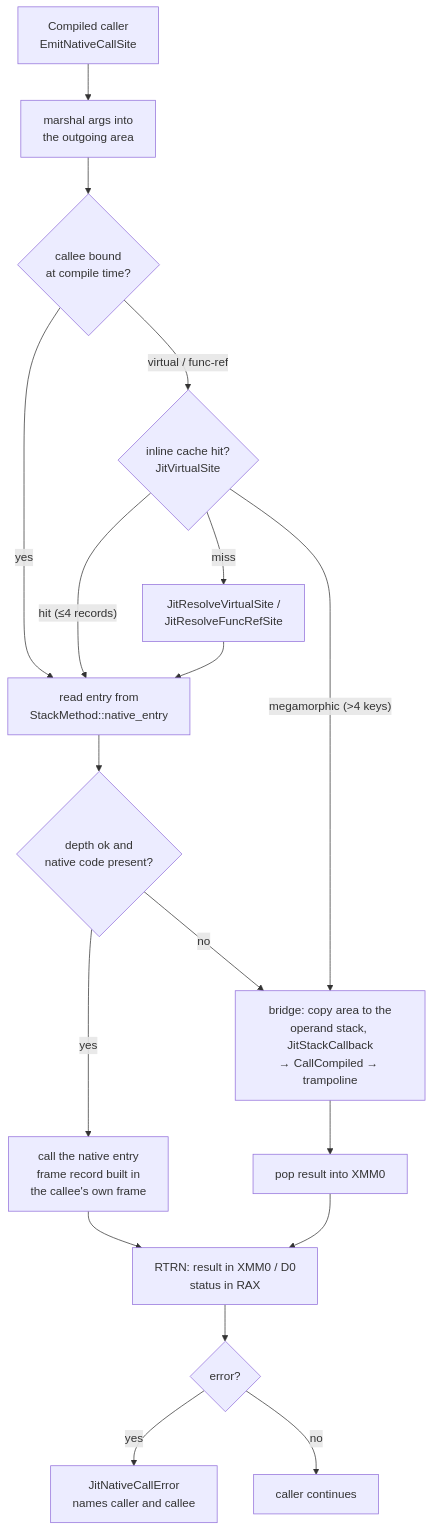
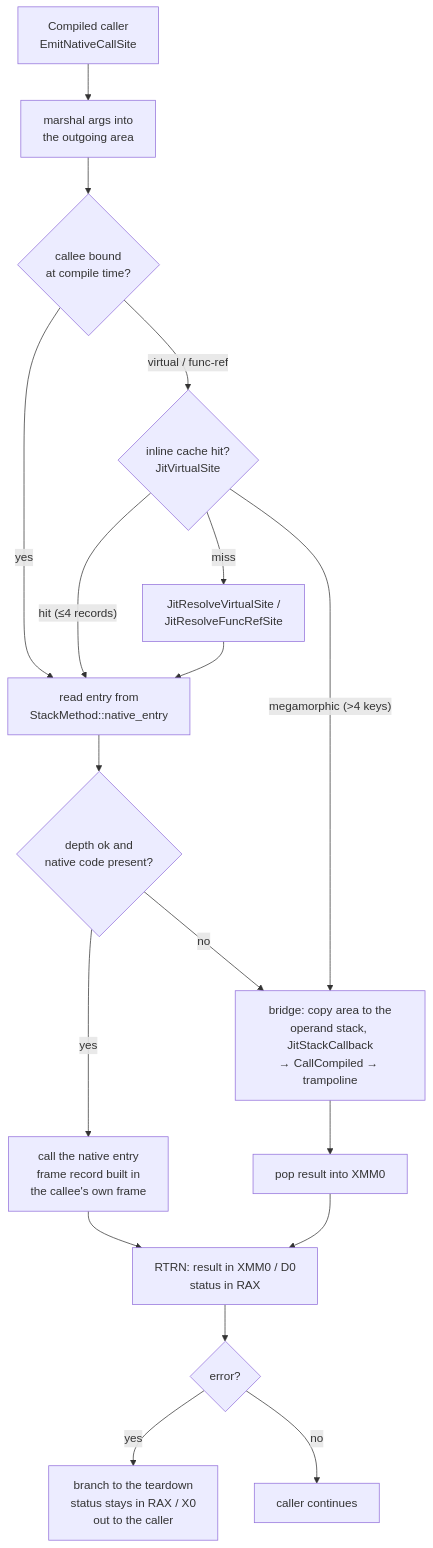
One commit to objeck/objeck-lang changed the third of 4 diagrams in core/vm/arch/jit/README.md. Above: the diagram before and after it, drawn with Mermaid. The commit also changed other lines of this file and 12 other files, not shown here.

First line of the commit message:
feat(jit): a compiled callee's error reaches its caller's Try() (#925 gap 3) (#1072)

````diff
--- a/core/vm/arch/jit/README.md
+++ b/core/vm/arch/jit/README.md
@@ -93,20 +93,20 @@
 ```mermaid
 flowchart TD
     CS["Compiled caller<br/>EmitNativeCallSite"] --> M["marshal args into<br/>the outgoing area"]
     M --> K{"callee bound<br/>at compile time?"}
     K -->|"yes"| E["read entry from<br/>StackMethod::native_entry"]
     K -->|"virtual / func-ref"| IC{"inline cache hit?<br/>JitVirtualSite"}
     IC -->|"hit (≤4 records)"| E
     IC -->|"miss"| R["JitResolveVirtualSite /<br/>JitResolveFuncRefSite"]
     R --> E
     IC -->|"megamorphic (>4 keys)"| B
     E --> D{"depth ok and<br/>native code present?"}
     D -->|"yes"| N["call the native entry<br/>frame record built in<br/>the callee's own frame"]
     D -->|"no"| B["bridge: copy area to the<br/>operand stack, JitStackCallback<br/>→ CallCompiled → trampoline"]
     N --> RT["RTRN: result in XMM0 / D0<br/>status in RAX"]
     B --> P["pop result into XMM0"]
     P --> RT
     RT --> ER{"error?"}
-    ER -->|"yes"| ERR["JitNativeCallError<br/>names caller and callee"]
+    ER -->|"yes"| ERR["branch to the teardown<br/>status stays in RAX / X0<br/>out to the caller"]
     ER -->|"no"| C["caller continues"]
 ```
````
